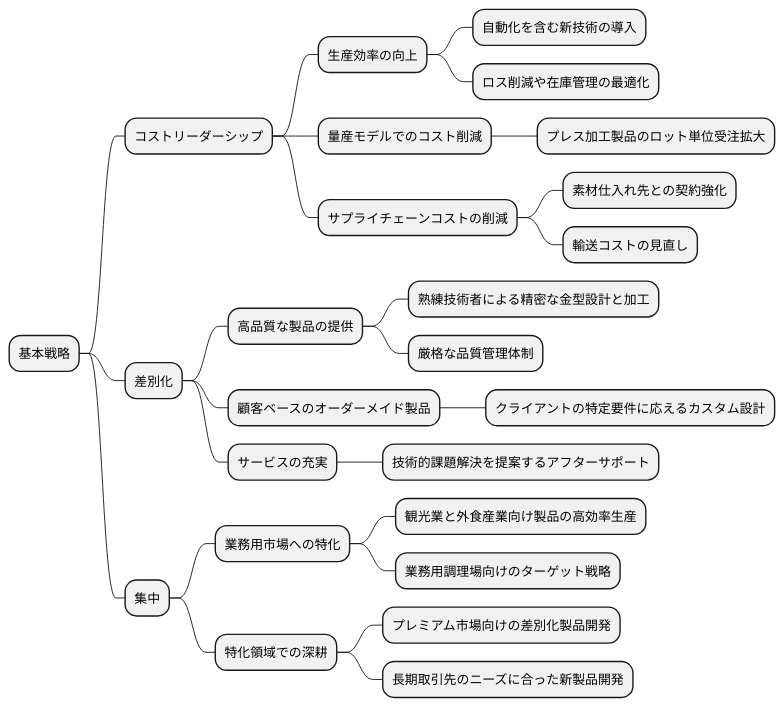
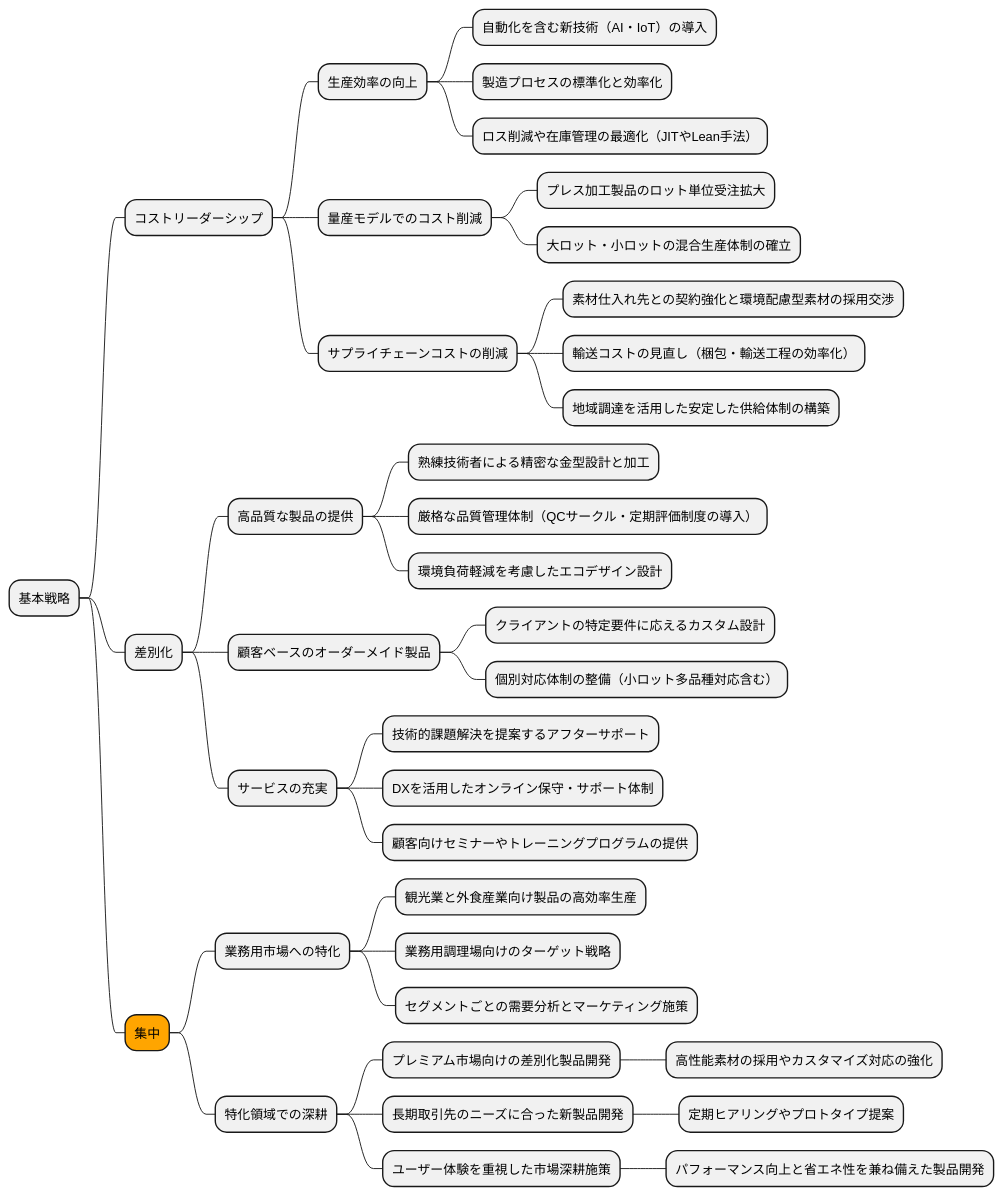
Before and after one commit to k2works/case-study-business-analysis: the eighth of 19 diagrams in docs/case/r04_case_3.adoc, drawn with PlantUML. The commit also changed other lines of this file, not shown here.

```diff
--- a/docs/case/r04_case_3.adoc
+++ b/docs/case/r04_case_3.adoc
@@ -343,32 +415,44 @@
 [plantuml]
 ----
 @startmindmap
 
 * 基本戦略
 ** コストリーダーシップ
 *** 生産効率の向上
-**** 自動化を含む新技術の導入
-**** ロス削減や在庫管理の最適化
+**** 自動化を含む新技術（AI・IoT）の導入
+**** 製造プロセスの標準化と効率化
+**** ロス削減や在庫管理の最適化（JITやLean手法）
 *** 量産モデルでのコスト削減
 **** プレス加工製品のロット単位受注拡大
+**** 大ロット・小ロットの混合生産体制の確立
 *** サプライチェーンコストの削減
-**** 素材仕入れ先との契約強化
-**** 輸送コストの見直し
+**** 素材仕入れ先との契約強化と環境配慮型素材の採用交渉
+**** 輸送コストの見直し（梱包・輸送工程の効率化）
+**** 地域調達を活用した安定した供給体制の構築
 ** 差別化
 *** 高品質な製品の提供
 **** 熟練技術者による精密な金型設計と加工
-**** 厳格な品質管理体制
+**** 厳格な品質管理体制（QCサークル・定期評価制度の導入）
+**** 環境負荷軽減を考慮したエコデザイン設計
 *** 顧客ベースのオーダーメイド製品
 **** クライアントの特定要件に応えるカスタム設計
+**** 個別対応体制の整備（小ロット多品種対応含む）
 *** サービスの充実
 **** 技術的課題解決を提案するアフターサポート
-** 集中
+**** DXを活用したオンライン保守・サポート体制
+**** 顧客向けセミナーやトレーニングプログラムの提供
+**[#orange] 集中
 *** 業務用市場への特化
 **** 観光業と外食産業向け製品の高効率生産
 **** 業務用調理場向けのターゲット戦略
+**** セグメントごとの需要分析とマーケティング施策
 *** 特化領域での深耕
 **** プレミアム市場向けの差別化製品開発
+***** 高性能素材の採用やカスタマイズ対応の強化
 **** 長期取引先のニーズに合った新製品開発
+***** 定期ヒアリングやプロトタイプ提案
+**** ユーザー体験を重視した市場深耕施策
+***** パフォーマンス向上と省エネ性を兼ね備えた製品開発
 
 @endmindmap
 ----
```
